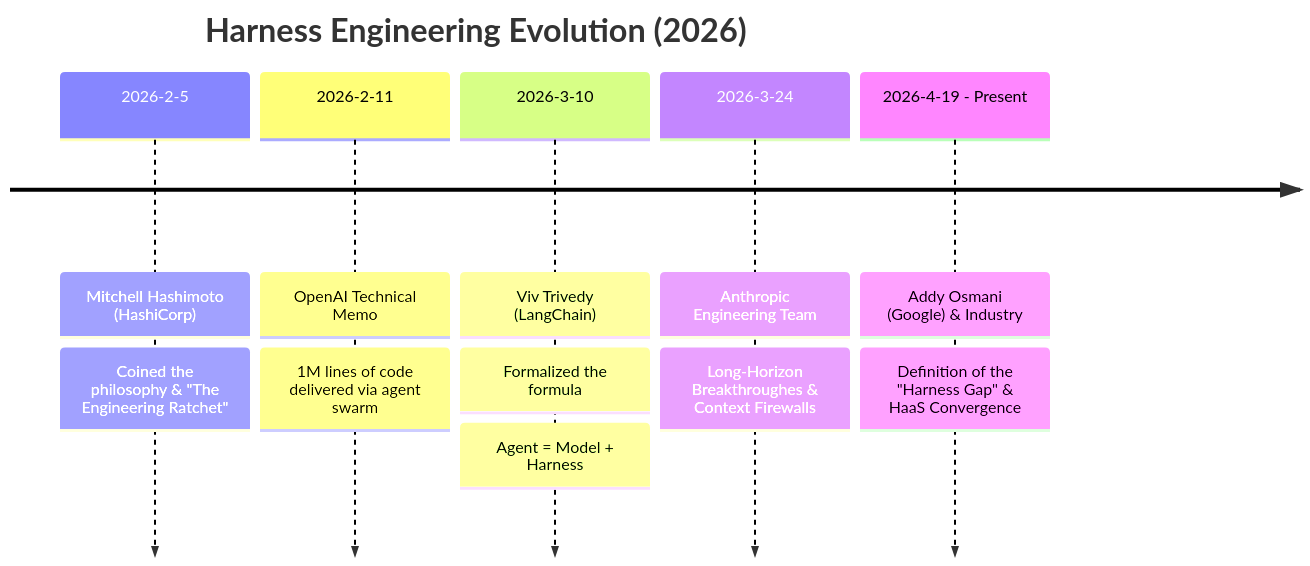
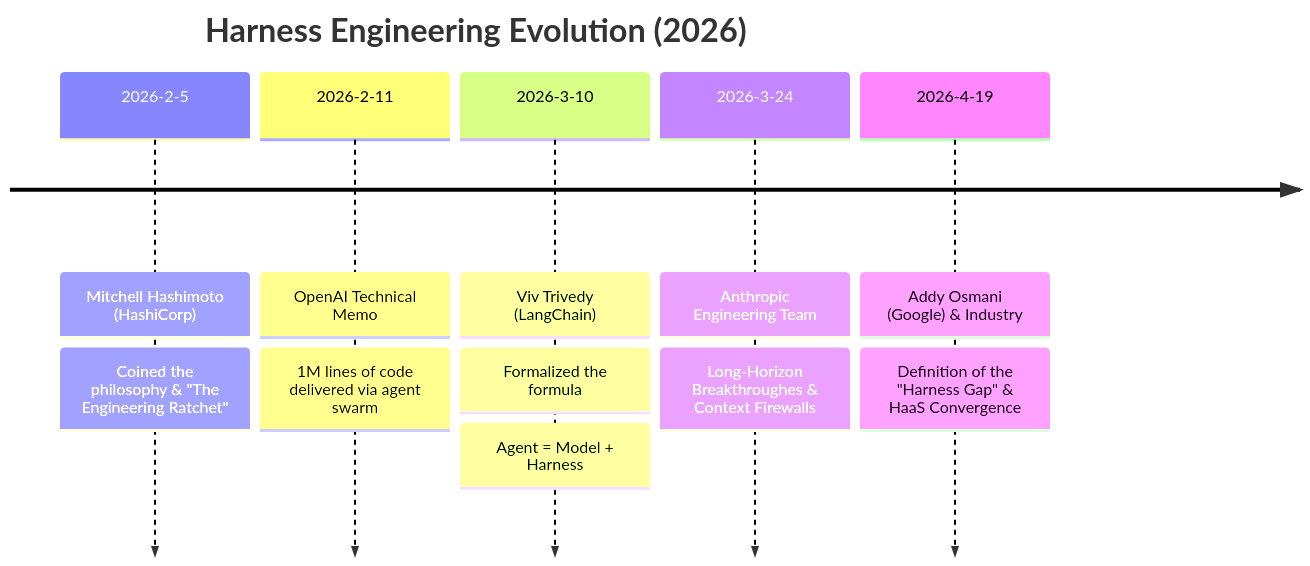
One commit to mahonzhan/awesome-agent-harness changed the diagram in README.md. Above: the diagram before and after it, drawn with Mermaid.

````diff
--- a/README.md
+++ b/README.md
@@ -21,14 +21,14 @@
 ```mermaid
 timeline
     title Harness Engineering Evolution (2026)
     2026-2-5 : Mitchell Hashimoto (HashiCorp)
                         : Coined the philosophy & "The Engineering Ratchet"
     2026-2-11   : OpenAI Technical Memo
                         : 1M lines of code delivered via agent swarm
     2026-3-10      : Viv Trivedy (LangChain)
                         : Formalized the formula: Agent = Model + Harness
     2026-3-24   : Anthropic Engineering Team
                         : Long-Horizon Breakthroughes & Context Firewalls
-    2026-4-19 - Present : Addy Osmani (Google) & Industry
+    2026-4-19 : Addy Osmani (Google) & Industry
                              : Definition of the "Harness Gap" & HaaS Convergence
 ```
````
